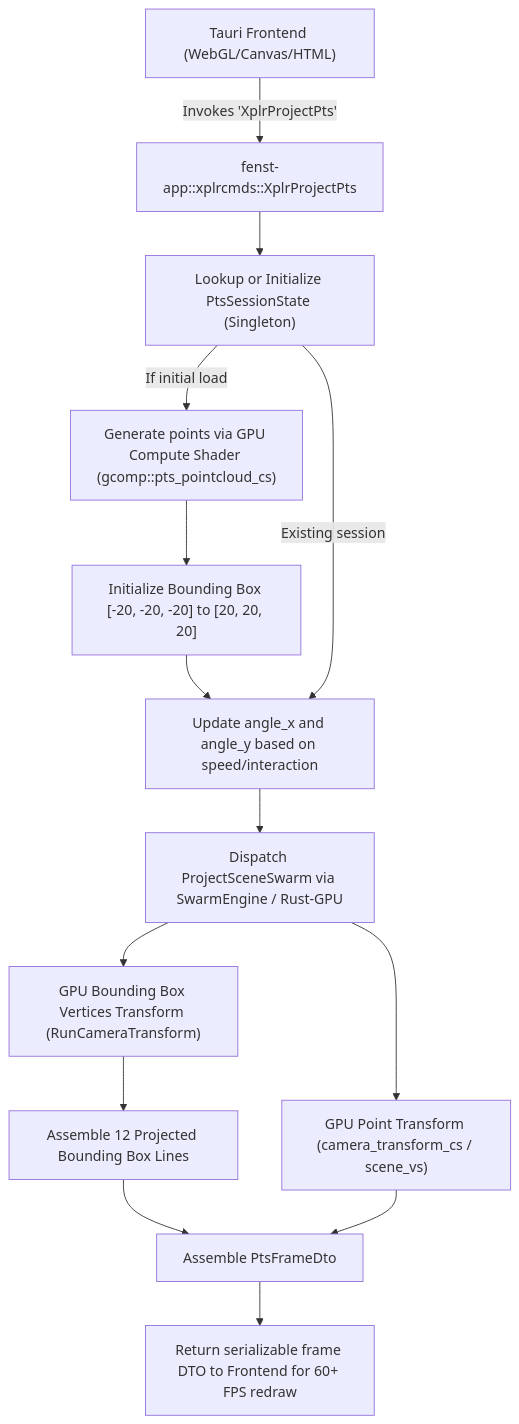
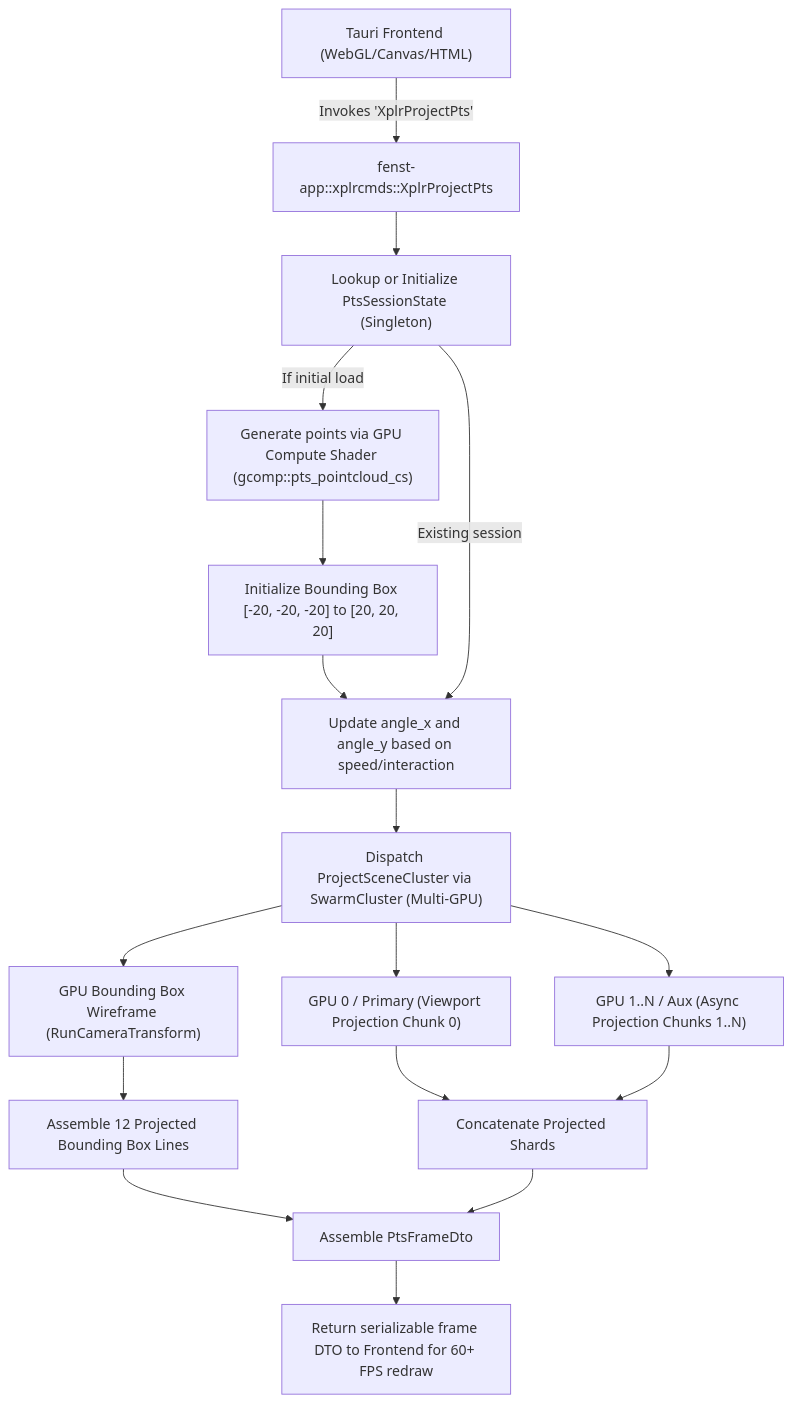
Before and after one commit to jswarup/Kosh: the second of 2 diagrams in wiki/Fenst.md, drawn with Mermaid. The commit also changed other lines of this file and 10 other files, not shown here.

Commit message:
Implement Multi-GPU cluster discovery, sharded compute dispatch, and GPU frustum culling

````diff
--- a/wiki/Fenst.md
+++ b/wiki/Fenst.md
@@ -82,19 +82,23 @@
 ```mermaid
 flowchart TD
     Frontend["Tauri Frontend (WebGL/Canvas/HTML)"] -->|Invokes 'XplrProjectPts'| BackendCmd["fenst-app::xplrcmds::XplrProjectPts"]
     BackendCmd --> CheckState["Lookup or Initialize PtsSessionState (Singleton)"]
     
     CheckState -->|If initial load| GenPoints["Generate points via GPU Compute Shader (gcomp::pts_pointcloud_cs)"]
     GenPoints --> InitBBox["Initialize Bounding Box [-20, -20, -20] to [20, 20, 20]"]
     InitBBox --> RotateState["Update angle_x and angle_y based on speed/interaction"]
     
     CheckState -->|Existing session| RotateState
-    RotateState --> GPUScene["Dispatch ProjectSceneSwarm via SwarmEngine / Rust-GPU"]
-    GPUScene --> GPUPoints["GPU Point Transform (camera_transform_cs / scene_vs)"]
-    GPUScene --> GPUBox["GPU Bounding Box Vertices Transform (RunCameraTransform)"]
+    RotateState --> Cluster["Dispatch ProjectSceneCluster via SwarmCluster (Multi-GPU)"]
+    Cluster --> ShardGPU0["GPU 0 / Primary (Viewport Projection Chunk 0)"]
+    Cluster --> ShardGPU1["GPU 1..N / Aux (Async Projection Chunks 1..N)"]
+    Cluster --> GPUBox["GPU Bounding Box Wireframe (RunCameraTransform)"]
+    
+    ShardGPU0 --> MergeResults["Concatenate Projected Shards"]
+    ShardGPU1 --> MergeResults
     GPUBox --> ConnectBox["Assemble 12 Projected Bounding Box Lines"]
     
     ConnectBox --> AssembleDto["Assemble PtsFrameDto"]
-    GPUPoints --> AssembleDto
+    MergeResults --> AssembleDto
     AssembleDto --> ReturnJSON["Return serializable frame DTO to Frontend for 60+ FPS redraw"]
 ```
````
